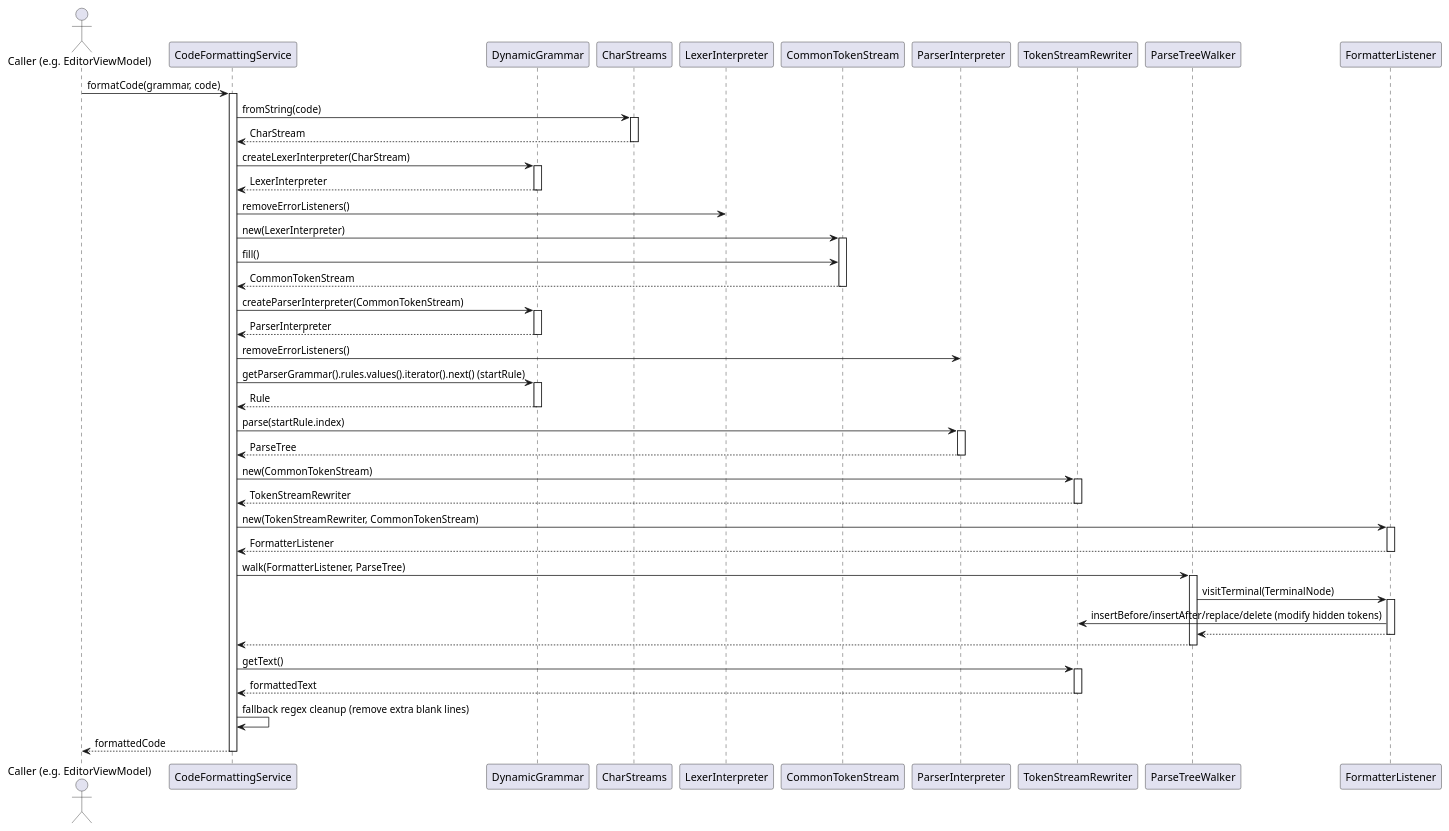
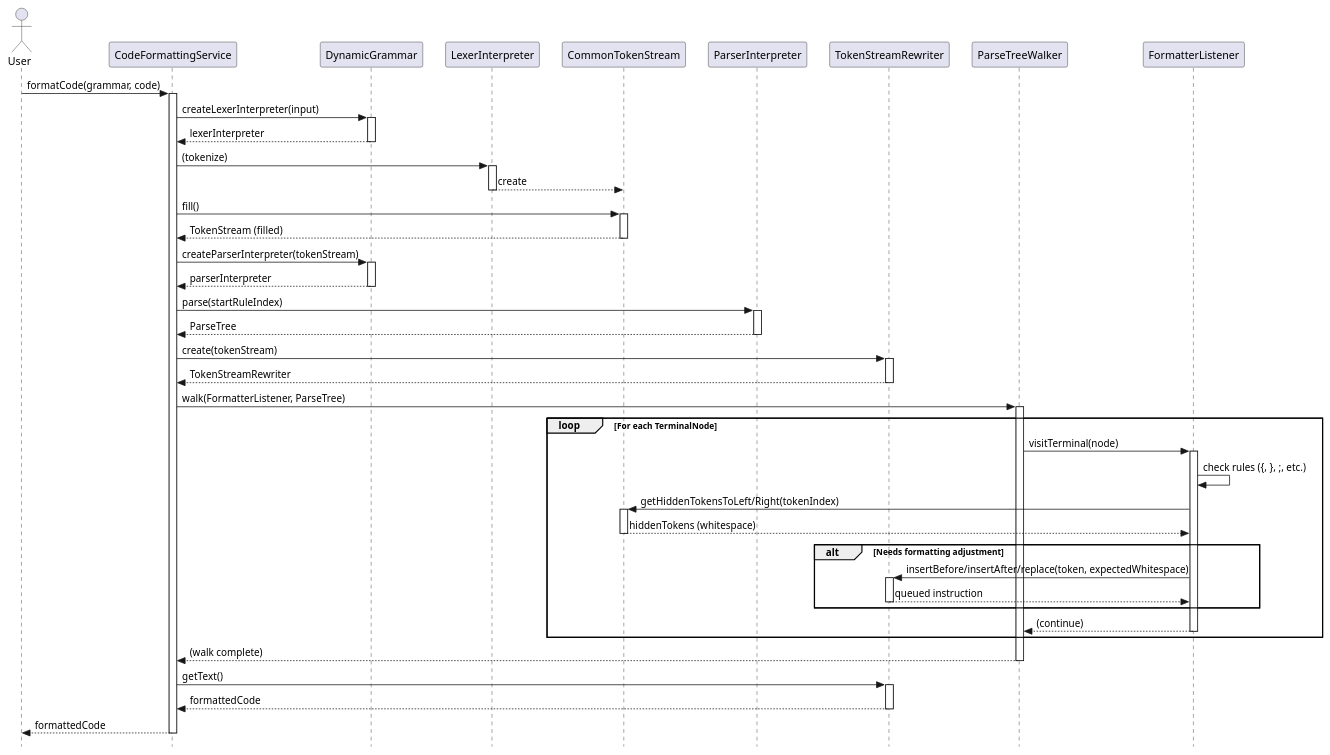
One commit to tkpixel/geANTLR changed the diagram in docs/diagrams/code_formatting.puml. Above: the diagram before and after it, drawn with PlantUML. The commit also changed 3 other files, not shown here.

Commit message:
Add documentation for CodeFormattingService workflow

```diff
--- a/docs/diagrams/code_formatting.puml
+++ b/docs/diagrams/code_formatting.puml
@@ -1,79 +1,84 @@
 @startuml
-actor "Caller (e.g. EditorViewModel)" as Caller
-participant "CodeFormattingService" as CFS
-participant "DynamicGrammar" as DG
-participant "CharStreams" as CS
+skinparam style strictuml
+skinparam BoxPadding 10
+skinparam ParticipantPadding 10
+
+actor User
+participant "CodeFormattingService" as Service
+participant "DynamicGrammar" as Grammar
 participant "LexerInterpreter" as Lexer
 participant "CommonTokenStream" as TokenStream
 participant "ParserInterpreter" as Parser
 participant "TokenStreamRewriter" as Rewriter
 participant "ParseTreeWalker" as Walker
 participant "FormatterListener" as Listener
 
-Caller -> CFS: formatCode(grammar, code)
-activate CFS
+User -> Service: formatCode(grammar, code)
+activate Service
 
-CFS -> CS: fromString(code)
-activate CS
-CS --> CFS: CharStream
-deactivate CS
+Service -> Grammar: createLexerInterpreter(input)
+activate Grammar
+Grammar --> Service: lexerInterpreter
+deactivate Grammar
 
-CFS -> DG: createLexerInterpreter(CharStream)
-activate DG
-DG --> CFS: LexerInterpreter
-deactivate DG
+Service -> Lexer: (tokenize)
+activate Lexer
+Lexer --> TokenStream: create
+deactivate Lexer
 
-CFS -> Lexer: removeErrorListeners()
-
-CFS -> TokenStream: new(LexerInterpreter)
+Service -> TokenStream: fill()
 activate TokenStream
-CFS -> TokenStream: fill()
-TokenStream --> CFS: CommonTokenStream
+TokenStream --> Service: TokenStream (filled)
 deactivate TokenStream
 
-CFS -> DG: createParserInterpreter(CommonTokenStream)
-activate DG
-DG --> CFS: ParserInterpreter
-deactivate DG
+Service -> Grammar: createParserInterpreter(tokenStream)
+activate Grammar
+Grammar --> Service: parserInterpreter
+deactivate Grammar
 
-CFS -> Parser: removeErrorListeners()
-
-CFS -> DG: getParserGrammar().rules.values().iterator().next() (startRule)
-activate DG
-DG --> CFS: Rule
-deactivate DG
-
-CFS -> Parser: parse(startRule.index)
+Service -> Parser: parse(startRuleIndex)
 activate Parser
-Parser --> CFS: ParseTree
+Parser --> Service: ParseTree
 deactivate Parser
 
-CFS -> Rewriter: new(CommonTokenStream)
+Service -> Rewriter: create(tokenStream)
 activate Rewriter
-Rewriter --> CFS: TokenStreamRewriter
+Rewriter --> Service: TokenStreamRewriter
 deactivate Rewriter
 
-CFS -> Listener: new(TokenStreamRewriter, CommonTokenStream)
-activate Listener
-Listener --> CFS: FormatterListener
-deactivate Listener
+Service -> Walker: walk(FormatterListener, ParseTree)
+activate Walker
 
-CFS -> Walker: walk(FormatterListener, ParseTree)
-activate Walker
-Walker -> Listener: visitTerminal(TerminalNode)
-activate Listener
-Listener -> Rewriter: insertBefore/insertAfter/replace/delete (modify hidden tokens)
-Listener --> Walker
-deactivate Listener
-Walker --> CFS
+loop For each TerminalNode
+    Walker -> Listener: visitTerminal(node)
+    activate Listener
+
+    Listener -> Listener: check rules ({, }, ;, etc.)
+
+    Listener -> TokenStream: getHiddenTokensToLeft/Right(tokenIndex)
+    activate TokenStream
+    TokenStream --> Listener: hiddenTokens (whitespace)
+    deactivate TokenStream
+
+    alt Needs formatting adjustment
+        Listener -> Rewriter: insertBefore/insertAfter/replace(token, expectedWhitespace)
+        activate Rewriter
+        Rewriter --> Listener: queued instruction
+        deactivate Rewriter
+    end
+
+    Listener --> Walker: (continue)
+    deactivate Listener
+end
+
+Walker --> Service: (walk complete)
 deactivate Walker
 
-CFS -> Rewriter: getText()
+Service -> Rewriter: getText()
 activate Rewriter
-Rewriter --> CFS: formattedText
+Rewriter --> Service: formattedCode
 deactivate Rewriter
 
-CFS -> CFS: fallback regex cleanup (remove extra blank lines)
-CFS --> Caller: formattedCode
-deactivate CFS
+Service --> User: formattedCode
+deactivate Service
 @enduml
```
